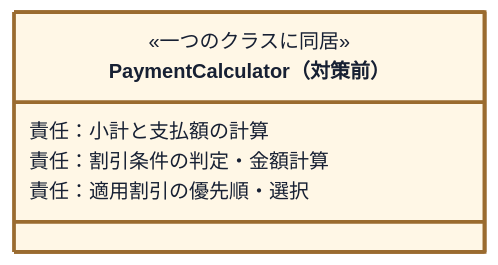
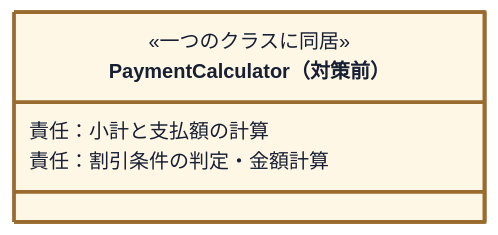
Before and after one commit to kumachan1101-pixel/DesignPattern: the seventh of 18 diagrams in kindle/design-patterns/books/volume01-core-patterns/output/03-chapter01.md, drawn with Mermaid. The commit also changed other lines of this file and 175 other files, not shown here.

````diff
--- a/kindle/design-patterns/books/volume01-core-patterns/output/03-chapter01.md
+++ b/kindle/design-patterns/books/volume01-core-patterns/output/03-chapter01.md
@@ -1242,13 +1248,12 @@
 ```mermaid
 classDiagram
     %% provisional-role-diagram
     direction TB
     class TrialCalculator["PaymentCalculator（対策前）"]:::current {
         <<一つのクラスに同居>>
         責任：小計と支払額の計算
         責任：割引条件の判定・金額計算
-        責任：適用割引の優先順・選択
     }
 
     classDef current fill:#fff7e6,stroke:#9a6b2f,stroke-width:3px,color:#172033;
 ```
````
